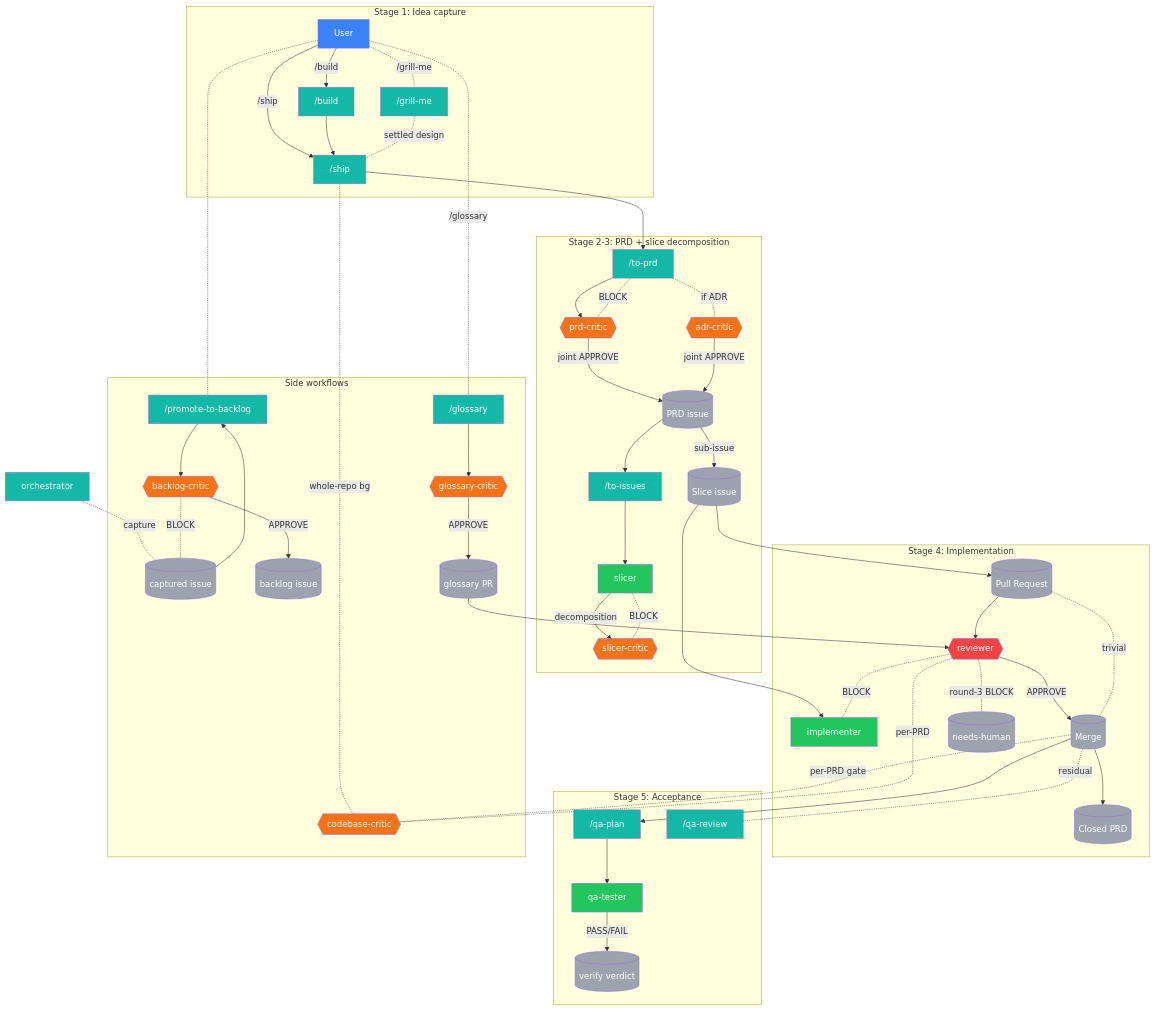
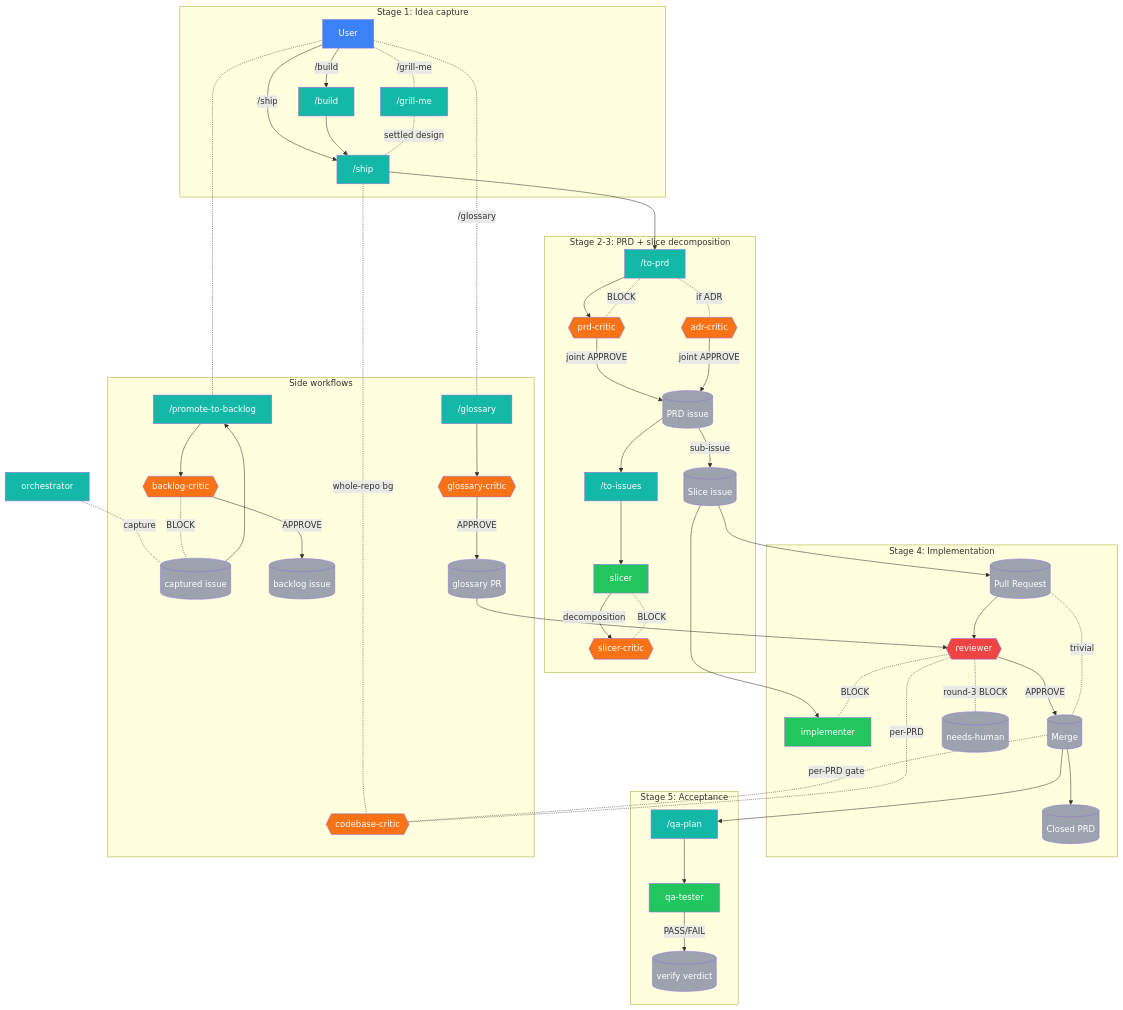
The diagram in README.md (vojtech-stas/project-claude), drawn with Mermaid before and after one commit. The commit also changed other lines of this file and 13 other files, not shown here.

```diff
--- a/README.md
+++ b/README.md
@@ -158,7 +158,6 @@
   end
   subgraph S4["Stage 5: Acceptance"]
     qa_plan["/qa-plan"]
-    qa_review["/qa-review"]
     qa_tester[qa-tester]
     verify_verdict[(verify verdict)]
   end
@@ -199,7 +198,6 @@
   merge --> qa_plan
   qa_plan --> qa_tester
   qa_tester -->|PASS/FAIL| verify_verdict
-  merge -.residual.- qa_review
   merge -.per-PRD gate.- codebase_critic
   codebase_critic -.per-PRD.- reviewer
   ship -.whole-repo bg.- codebase_critic
@@ -220,7 +218,7 @@
   classDef reviewer_cls fill:#ef4444,color:#fff
   classDef artifact fill:#9ca3af,color:#fff
   class user human
-  class build,glossary,grill_me,orchestrator,promote_to_backlog,qa_plan,qa_review,ship,to_issues,to_prd skill
+  class build,glossary,grill_me,orchestrator,promote_to_backlog,qa_plan,ship,to_issues,to_prd skill
   class implementer,qa_tester,slicer gen
   class adr_critic,backlog_critic,codebase_critic,glossary_critic,prd_critic,slicer_critic critic
   class reviewer reviewer_cls
```
